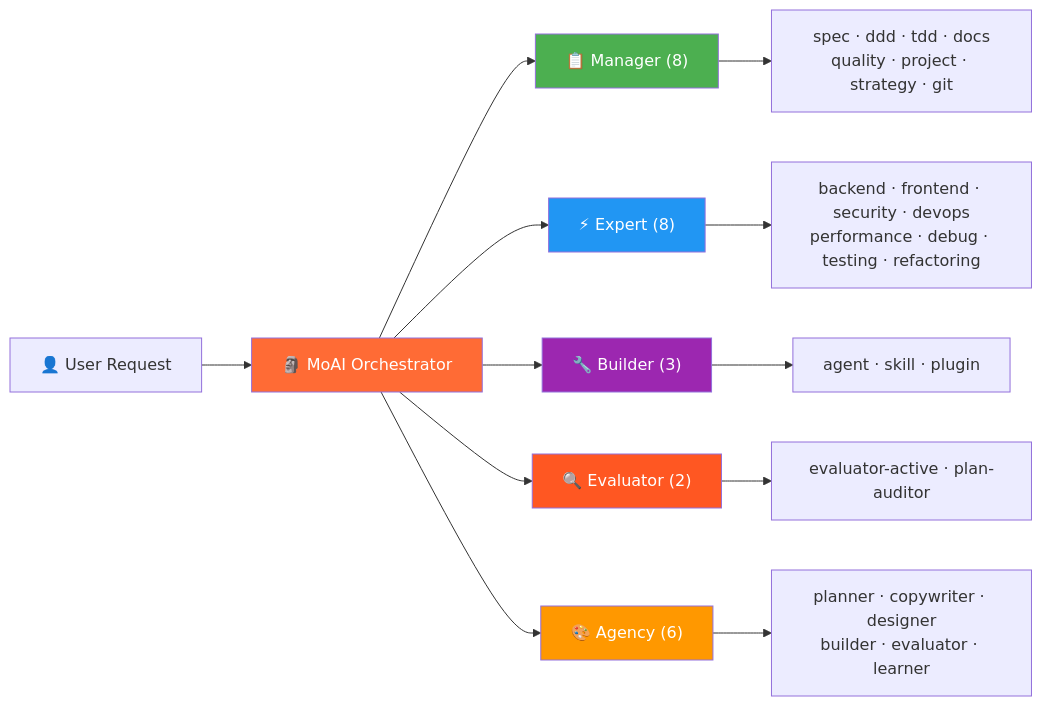
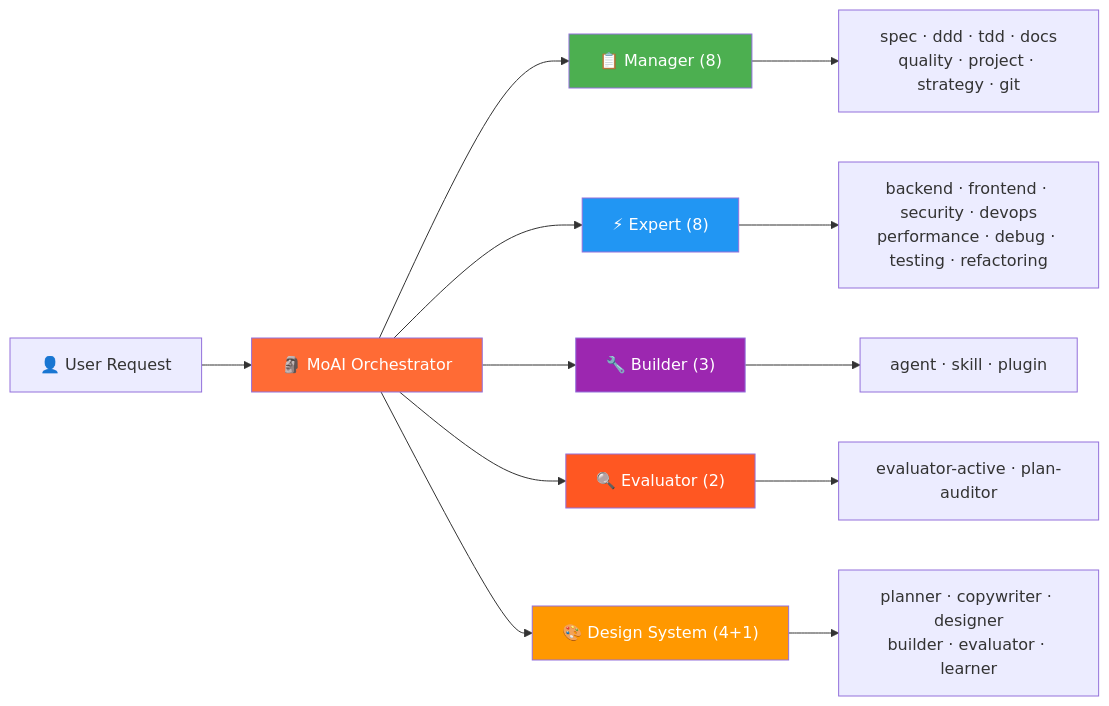
The third of 10 diagrams in README.md (modu-ai/moai-adk), drawn with Mermaid before and after one commit. The commit also changed other lines of this file and 4 other files, not shown here.

````diff
--- a/README.md
+++ b/README.md
@@ -263,23 +263,23 @@
 ```mermaid
 graph LR
     U["👤 User Request"] --> M["🗿 MoAI Orchestrator"]
 
     M --> MG["📋 Manager (8)"]
     M --> EX["⚡ Expert (8)"]
     M --> BL["🔧 Builder (3)"]
     M --> EV["🔍 Evaluator (2)"]
-    M --> AG["🎨 Agency (6)"]
+    M --> AG["🎨 Design System (4+1)"]
 
     MG --> MG1["spec · ddd · tdd · docs<br/>quality · project · strategy · git"]
     EX --> EX1["backend · frontend · security · devops<br/>performance · debug · testing · refactoring"]
     BL --> BL1["agent · skill · plugin"]
     EV --> EV1["evaluator-active · plan-auditor"]
     AG --> AG1["planner · copywriter · designer<br/>builder · evaluator · learner"]
 
     style M fill:#FF6B35,color:#fff
     style MG fill:#4CAF50,color:#fff
     style EX fill:#2196F3,color:#fff
     style BL fill:#9C27B0,color:#fff
     style EV fill:#FF5722,color:#fff
     style AG fill:#FF9800,color:#fff
 ```
````
